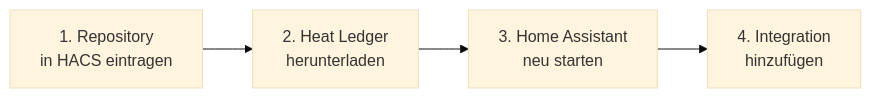
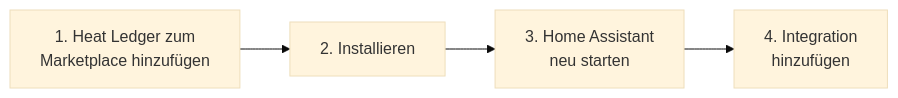
The diagram in docs/installation.de.md (benep/heat_ledger), drawn with Mermaid (base theme) before and after one commit. The commit also changed other lines of this file and 6 other files, not shown here.

Commit message:
Install from the Marketplace built into Home Assistant instead of HACS

````diff
--- a/docs/installation.de.md
+++ b/docs/installation.de.md
@@ -6,4 +6,4 @@
 ```mermaid
 flowchart LR
-    A["1. Repository<br>in HACS eintragen"] --> B["2. Heat Ledger<br>herunterladen"] --> C["3. Home Assistant<br>neu starten"] --> D["4. Integration<br>hinzufügen"]
+    A["1. Heat Ledger zum<br>Marketplace hinzufügen"] --> B["2. Installieren"] --> C["3. Home Assistant<br>neu starten"] --> D["4. Integration<br>hinzufügen"]
 ```
````
